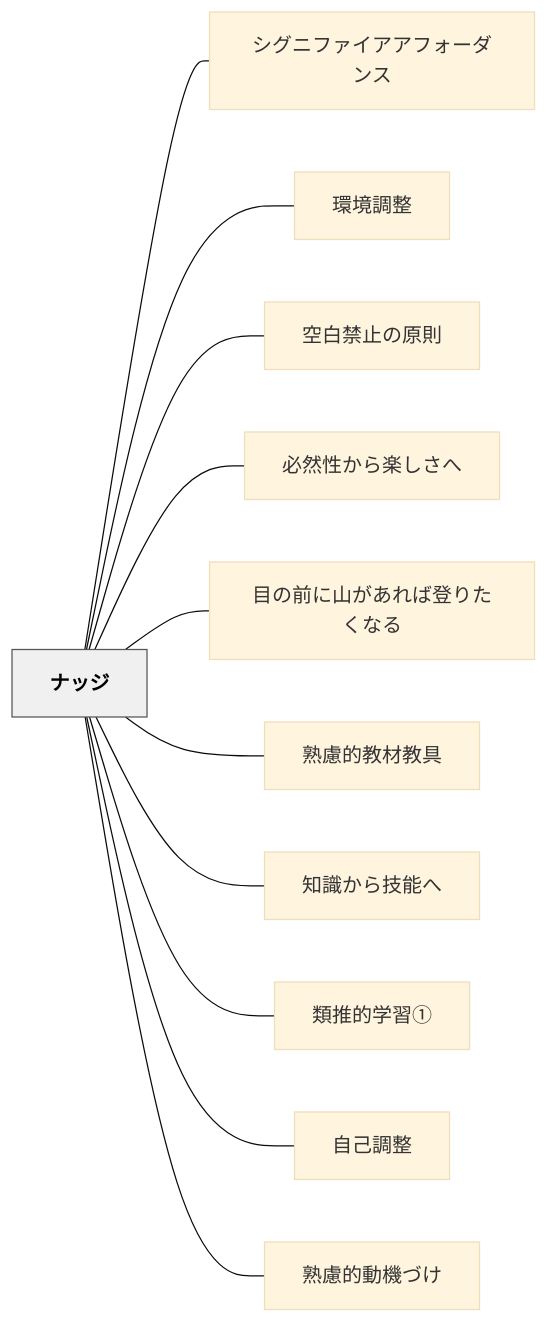
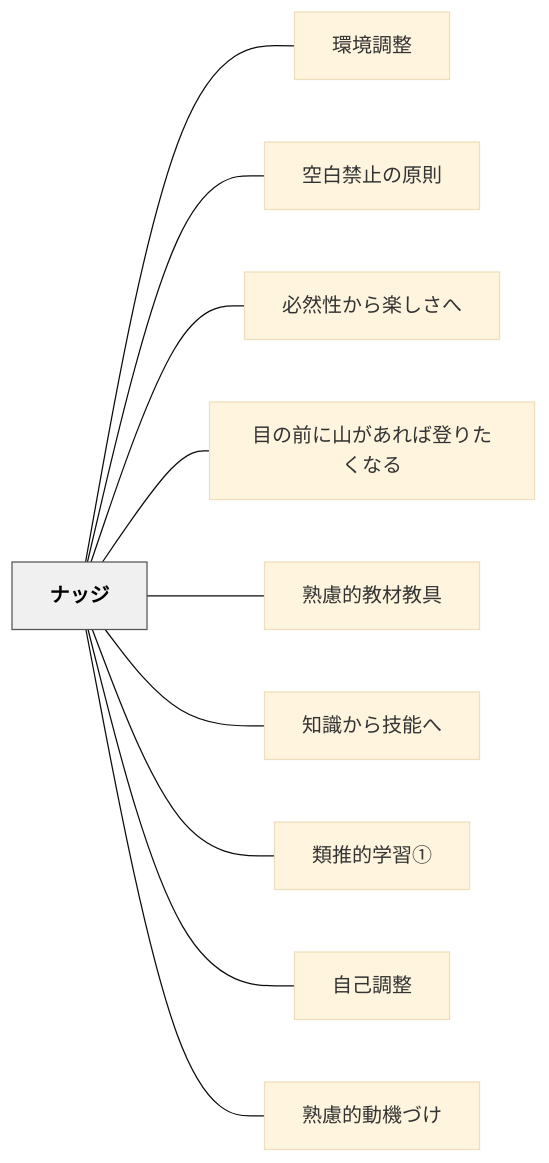
The diagram in content/パタン/ナッジ.md (unknownthings-ed-patterns/unknownthings-ed-patterns), drawn with Mermaid (base theme) before and after one commit. The commit also changed other lines of this file and 34 other files, not shown here.

````diff
--- a/content/パタン/ナッジ.md
+++ b/content/パタン/ナッジ.md
@@ -85,28 +86,26 @@
 ```mermaid
 flowchart LR
     ne3838ae38383e382b8["ナッジ"]
-    ne382b7e382b0e3838be38395e382a1e382a4e382a2e382a2e38395e382a9e383bce38380e383b3e382b9["シグニファイアアフォーダンス"]
     ne792b0e5a283e8aabfe695b4["環境調整"]
     ne7a9bae799bde7a681e6ada2e381aee58e9fe58987["空白禁止の原則"]
     ne5bf85e784b6e680a7e3818be38289e6a5bde38197e38195e381b8["必然性から楽しさへ"]
     ne79baee381aee5898de381abe5b1b1e3818ce38182e3828ce381b0e799bbe3828ae3819fe3818fe381aae3828b["目の前に山があれば登りたくなる"]
     ne7869fe685aee79a84e69599e69d90e69599e585b7["熟慮的教材教具"]
     ne79fa5e8ad98e3818be38289e68a80e883bde381b8["知識から技能へ"]
     ne9a19ee68ea8e79a84e5ada6e7bf92e291a0["類推的学習①"]
     ne887aae5b7b1e8aabfe695b4["自己調整"]
     ne7869fe685aee79a84e58b95e6a99fe381a5e38191["熟慮的動機づけ"]
 
-    ne3838ae38383e382b8 --- ne382b7e382b0e3838be38395e382a1e382a4e382a2e382a2e38395e382a9e383bce38380e383b3e382b9
     ne3838ae38383e382b8 --- ne792b0e5a283e8aabfe695b4
     ne3838ae38383e382b8 --- ne7a9bae799bde7a681e6ada2e381aee58e9fe58987
     ne3838ae38383e382b8 --- ne5bf85e784b6e680a7e3818be38289e6a5bde38197e38195e381b8
     ne3838ae38383e382b8 --- ne79baee381aee5898de381abe5b1b1e3818ce38182e3828ce381b0e799bbe3828ae3819fe3818fe381aae3828b
     ne3838ae38383e382b8 --- ne7869fe685aee79a84e69599e69d90e69599e585b7
     ne3838ae38383e382b8 --- ne79fa5e8ad98e3818be38289e68a80e883bde381b8
     ne3838ae38383e382b8 --- ne9a19ee68ea8e79a84e5ada6e7bf92e291a0
     ne3838ae38383e382b8 --- ne887aae5b7b1e8aabfe695b4
     ne3838ae38383e382b8 --- ne7869fe685aee79a84e58b95e6a99fe381a5e38191
 
     classDef hub fill:#f0f0f0,stroke:#555,color:#000,font-weight:bold
     class ne3838ae38383e382b8 hub
 ```
````
